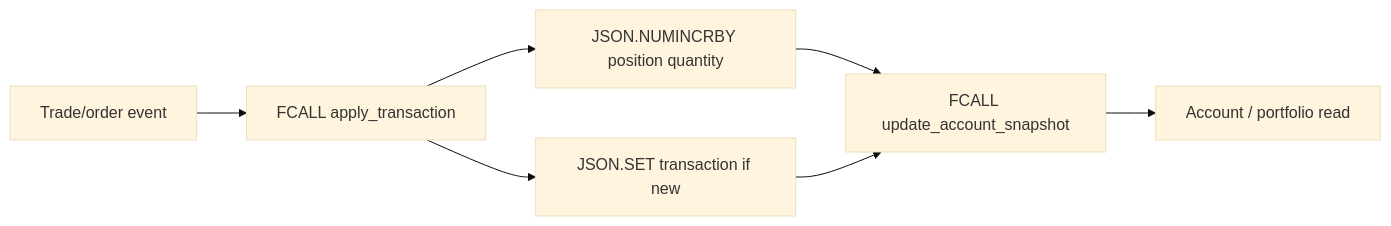
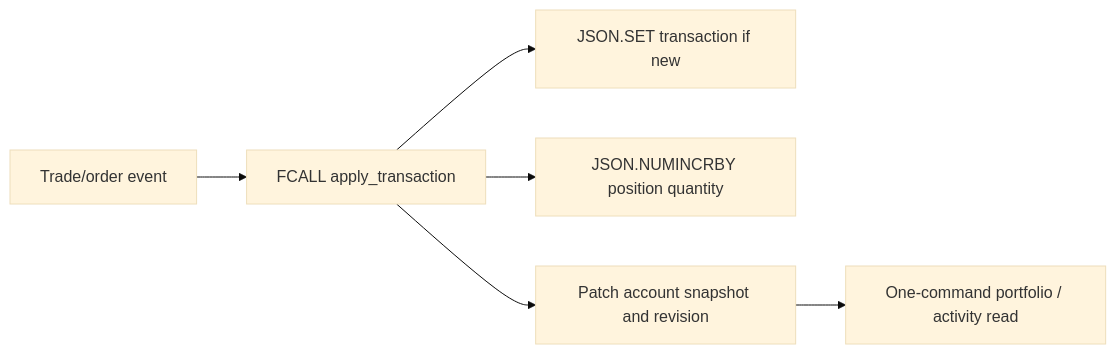
One commit to alberttwong/redis_financial_demo changed the fourth of 4 diagrams in README.md. Above: the diagram before and after it, drawn with Mermaid (base theme). The commit also changed other lines of this file and 50 other files, not shown here.

````diff
--- a/README.md
+++ b/README.md
@@ -236,16 +240,15 @@
 ```mermaid
 flowchart LR
     ORDER["Trade/order event"]
     FCALL["FCALL apply_transaction"]
     TXN["JSON.SET transaction if new"]
     POS["JSON.NUMINCRBY position quantity"]
-    SNAP["FCALL update_account_snapshot"]
-    READ["Account / portfolio read"]
+    SNAP["Patch account snapshot and revision"]
+    READ["One-command portfolio / activity read"]
 
     ORDER --> FCALL
     FCALL --> TXN
     FCALL --> POS
-    POS --> SNAP
-    TXN --> SNAP
+    FCALL --> SNAP
     SNAP --> READ
 ```
````
